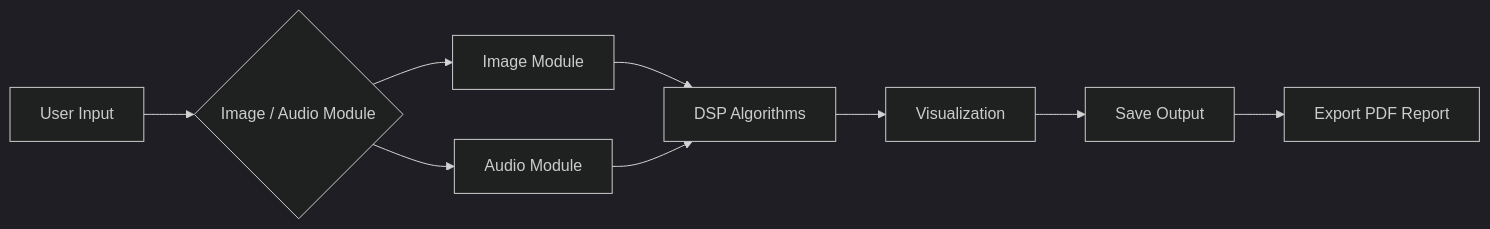
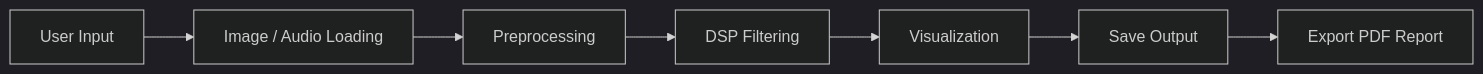
One commit to ziadmohammed7/DSP-Image-Speech-Processing-Studio changed the diagram in README.md. Above: the diagram before and after it, drawn with Mermaid (dark theme). The commit also changed other lines of this file and 28 other files, not shown here.

````diff
--- a/README.md
+++ b/README.md
@@ -73,11 +64,9 @@
 ```mermaid
 flowchart LR
-    A["User Input"] --> B{"Image / Audio Module"}
-    B --> C["Image Module"]
-    B --> D["Audio Module"]
-    C --> E["DSP Algorithms"]
-    D --> E
-    E --> F["Visualization"]
-    F --> G["Save Output"]
-    G --> H["Export PDF Report"]
+    A["User Input"] --> B["Image / Audio Loading"]
+    B --> C["Preprocessing"]
+    C --> D["DSP Filtering"]
+    D --> E["Visualization"]
+    E --> F["Save Output"]
+    F --> G["Export PDF Report"]
 ```
````
